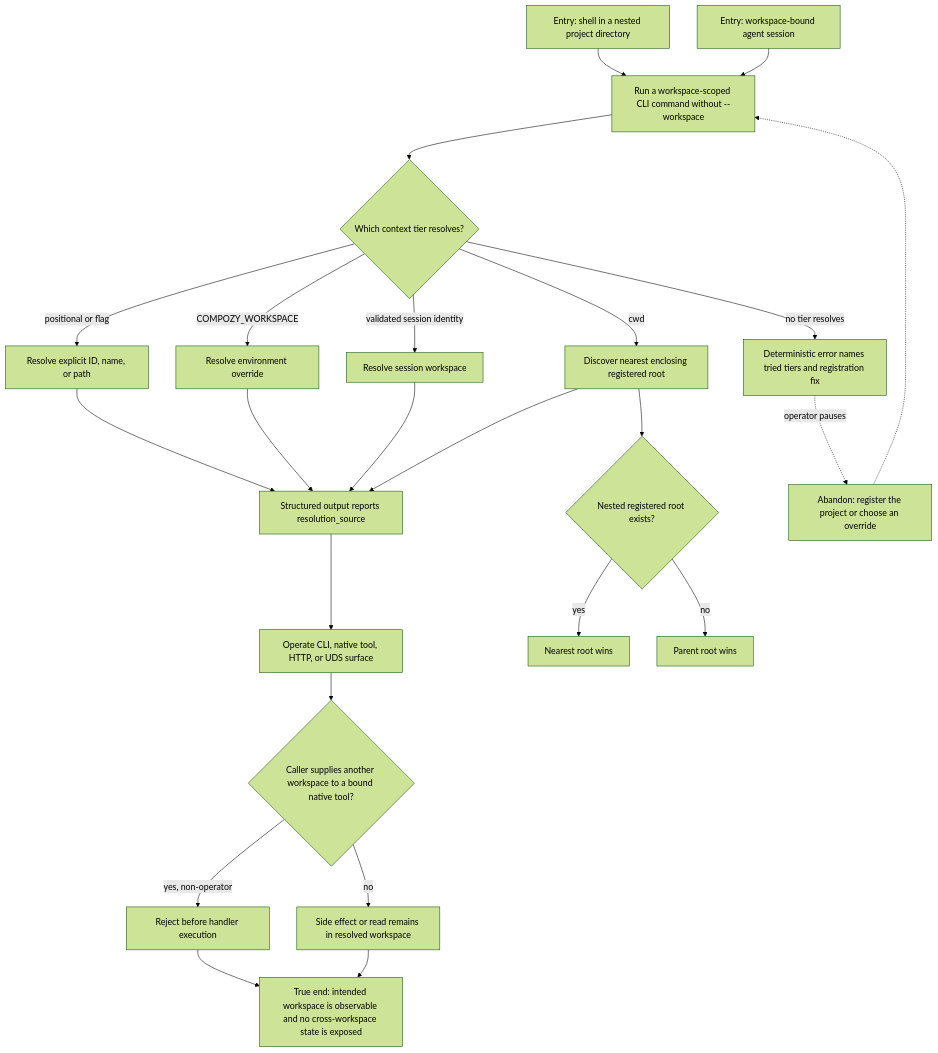
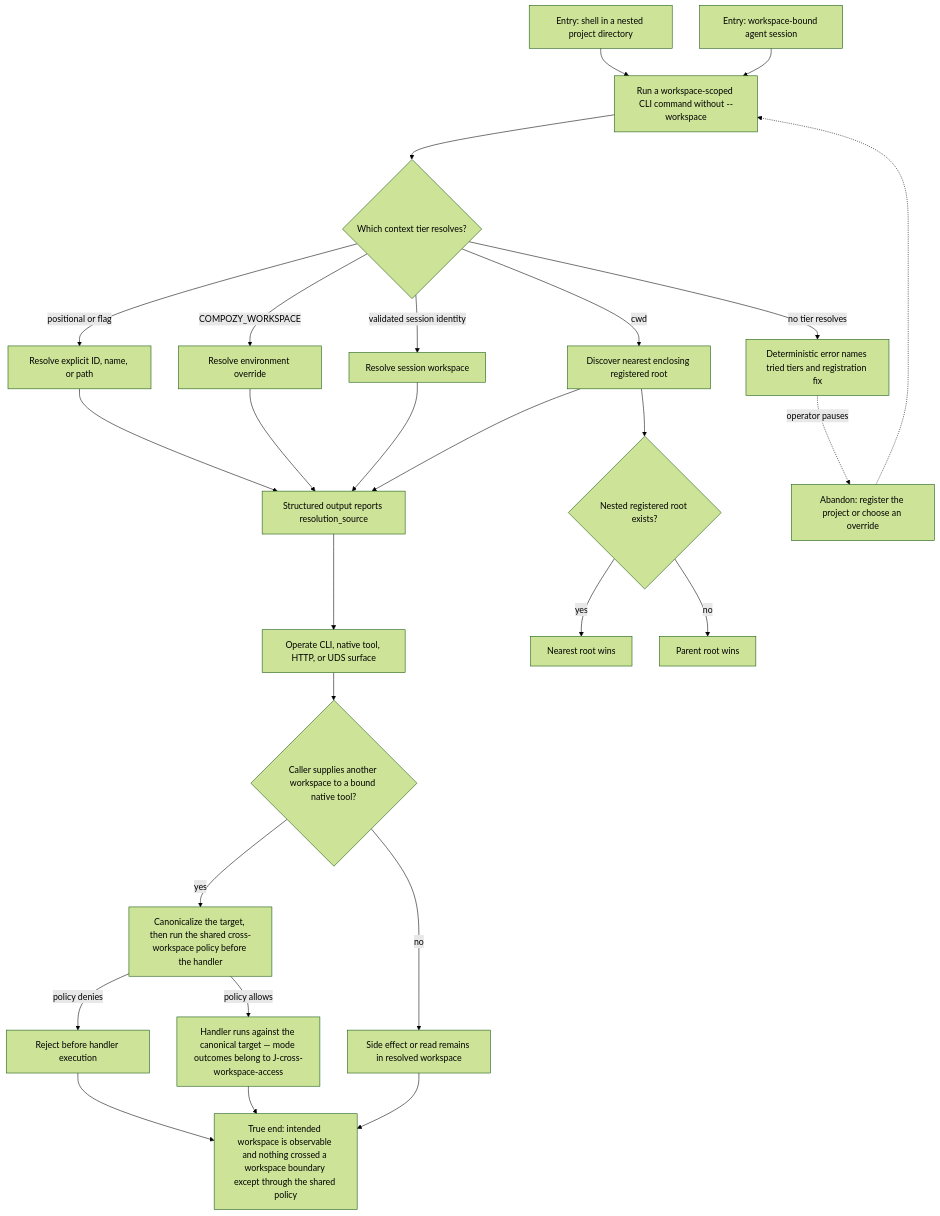
The diagram in docs/qa/journeys/J-operate-workspace-context.md (compozy/compozy), drawn with Mermaid (forest theme) before and after one commit. The commit also changed other lines of this file and 13 other files, not shown here.

Commit message:
docs: plan cross-workspace access QA

````diff
--- a/docs/qa/journeys/J-operate-workspace-context.md
+++ b/docs/qa/journeys/J-operate-workspace-context.md
@@ -7,26 +7,29 @@
 ```mermaid
 flowchart TD
     E1[Entry: shell in a nested project directory] --> C[Run a workspace-scoped CLI command without --workspace]
     E2[Entry: workspace-bound agent session] --> C
     C --> R{Which context tier resolves?}
     R -->|positional or flag| EX[Resolve explicit ID, name, or path]
     R -->|COMPOZY_WORKSPACE| ENV[Resolve environment override]
     R -->|validated session identity| SID[Resolve session workspace]
     R -->|cwd| CWD[Discover nearest enclosing registered root]
     EX --> P[Structured output reports resolution_source]
     ENV --> P
     SID --> P
     CWD --> P
     CWD --> N{Nested registered root exists?}
     N -->|yes| NEAR[Nearest root wins]
     N -->|no| PARENT[Parent root wins]
     P --> O[Operate CLI, native tool, HTTP, or UDS surface]
     O --> ISO{Caller supplies another workspace to a bound native tool?}
-    ISO -->|yes, non-operator| DENY[Reject before handler execution]
+    ISO -->|yes| CANON[Canonicalize the target, then run the shared cross-workspace policy before the handler]
+    CANON -->|policy denies| DENY[Reject before handler execution]
+    CANON -->|policy allows| CROSS[Handler runs against the canonical target — mode outcomes belong to J-cross-workspace-access]
     ISO -->|no| SIDE[Side effect or read remains in resolved workspace]
     R -->|no tier resolves| ERR[Deterministic error names tried tiers and registration fix]
     ERR -.->|operator pauses| AB[Abandon: register the project or choose an override]
     AB -.-> C
-    DENY --> END[True end: intended workspace is observable and no cross-workspace state is exposed]
+    DENY --> END[True end: intended workspace is observable and nothing crossed a workspace boundary except through the shared policy]
+    CROSS --> END
     SIDE --> END
 ```
````
